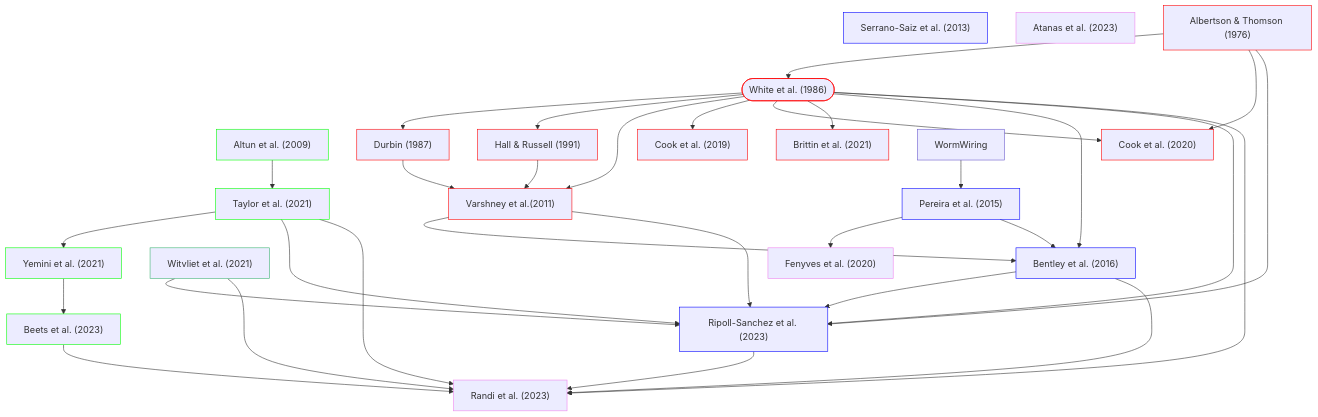
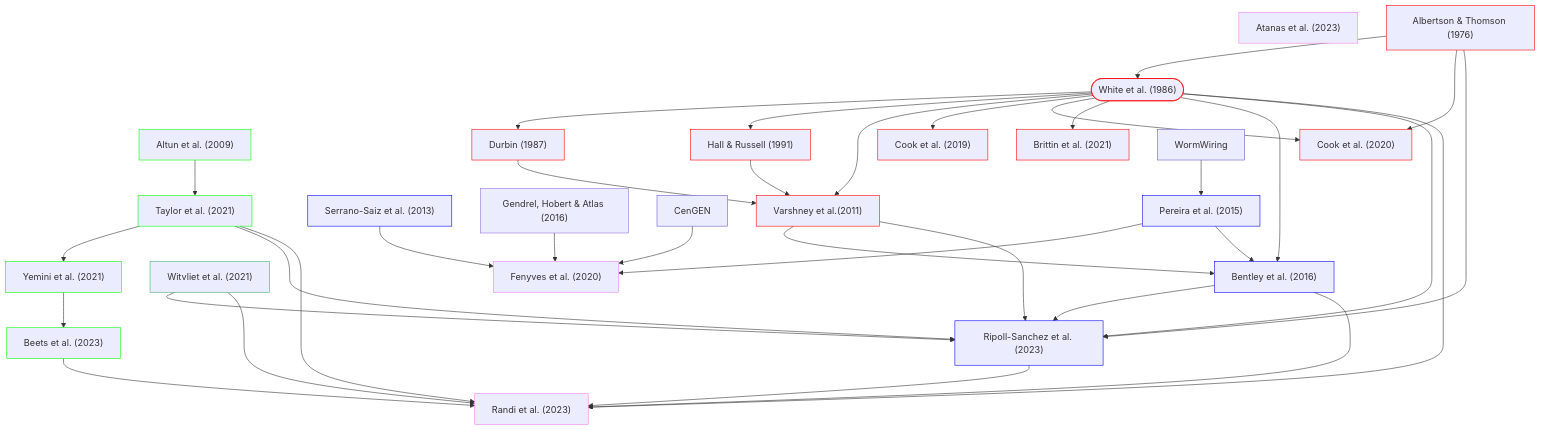
One commit to yasinthanvickneswaran/mermaidtest changed the diagram in README.md. Above: the diagram before and after it, drawn with Mermaid.

````diff
--- a/README.md
+++ b/README.md
@@ -1,48 +1,50 @@
 ```mermaid
 flowchart TD
     classDef anat stroke:#f00
     classDef gene stroke:#0f0
     classDef es stroke:#00f
     classDef func stroke:#ee82ee
     classDef dev stroke:#3cb371
     classDef db stroke:#6a5acd
 
     E --> H["Fenyves et al. (2020)"]:::func
-    E1["Serrano-Saiz et al. (2013)"]:::es
+    E1["Serrano-Saiz et al. (2013)"]:::es --> H
+    E2["Gendrel, Hobert & Atlas (2016)"] --> H
+    DB2["CenGEN"]:::db --> H
     O["Atanas et al. (2023)"]:::func
     K["Witvliet et al. (2021)"]:::dev
     E["Pereira et al. (2015)"]:::es --> F["Bentley et al. (2016)"]:::es
 
     C["Altun et al. (2009)"]:::gene --> L["Taylor et al. (2021)"]:::gene
     L --> M["Yemini et al. (2021)"]:::gene
     M --> N["Beets et al. (2023)"]:::gene
 
     A(["White et al. (1986)"]):::anat --> B["Durbin (1987)"]:::anat
     A1["Albertson & Thomson (1976)"]:::anat --> A
     A1 --> I
     A  --> A2["Hall & Russell (1991)"]:::anat
     A --> D["Varshney et al.(2011)"]:::anat
     B --> D
     A2 --> D
     A --> G["Cook et al. (2019)"]:::anat
     A --> I["Cook et al. (2020)"]:::anat
     A --> J["Brittin et al. (2021)"]:::anat
     A --> F
     D --> F
     DB1["WormWiring"]:::db --> E
     A --> NP["Ripoll-Sanchez et al. (2023)"]:::es
     A1 --> NP
     F --> NP
     L --> NP
     K --> NP
     D --> NP
     A --> P["Randi et al. (2023)"]:::func
     L --> P
     N --> P
     K --> P
     NP --> P
     F --> P
 
     
     
 ```
````
